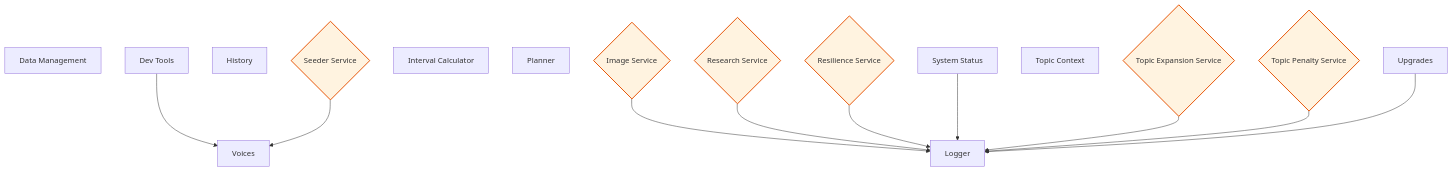
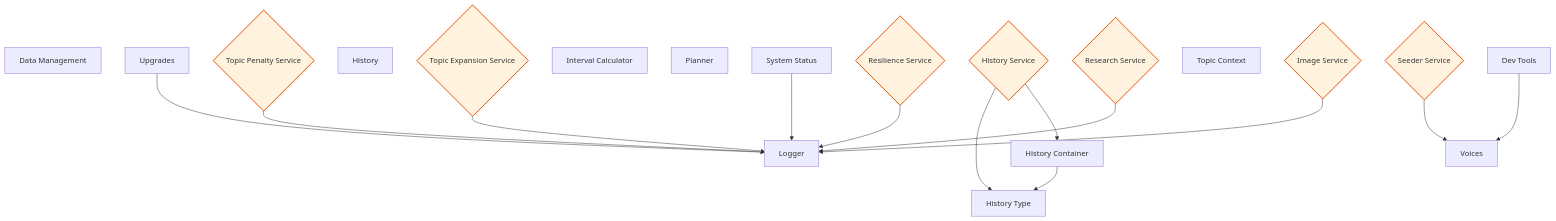
The tenth of 10 diagrams in docs/feature-report.md (rpnunez/wp-ai-scheduler), drawn with Mermaid before and after one commit. The commit also changed other lines of this file, not shown here.

````diff
--- a/docs/feature-report.md
+++ b/docs/feature-report.md
@@ -371,36 +375,42 @@
 ```mermaid
 flowchart TD
     %% Utilities Architecture
 
     Data_Management["Data Management"]
     Dev_Tools["Dev Tools"]
+    History_Container["History Container"]
+    History_Service{"History Service"}
+    History_Type["History Type"]
     History["History"]
     Image_Service{"Image Service"}
     Interval_Calculator["Interval Calculator"]
     Logger["Logger"]
     Planner["Planner"]
     Research_Service{"Research Service"}
     Resilience_Service{"Resilience Service"}
     Seeder_Service{"Seeder Service"}
     System_Status["System Status"]
     Topic_Context["Topic Context"]
     Topic_Expansion_Service{"Topic Expansion Service"}
     Topic_Penalty_Service{"Topic Penalty Service"}
     Upgrades["Upgrades"]
     Voices["Voices"]
 
     Dev_Tools --> Voices
+    History_Container --> History_Type
+    History_Service --> History_Container
+    History_Service --> History_Type
     Image_Service --> Logger
     Research_Service --> Logger
     Resilience_Service --> Logger
     Seeder_Service --> Voices
     System_Status --> Logger
     Topic_Expansion_Service --> Logger
     Topic_Penalty_Service --> Logger
     Upgrades --> Logger
 
     classDef repository fill:#e1f5ff,stroke:#01579b,stroke-width:2px
     classDef service fill:#fff3e0,stroke:#e65100,stroke-width:2px
     classDef controller fill:#f3e5f5,stroke:#4a148c,stroke-width:2px
-    class Image_Service,Research_Service,Resilience_Service,Seeder_Service,Topic_Expansion_Service,Topic_Penalty_Service service
+    class History_Service,Image_Service,Research_Service,Resilience_Service,Seeder_Service,Topic_Expansion_Service,Topic_Penalty_Service service
 ```
````
